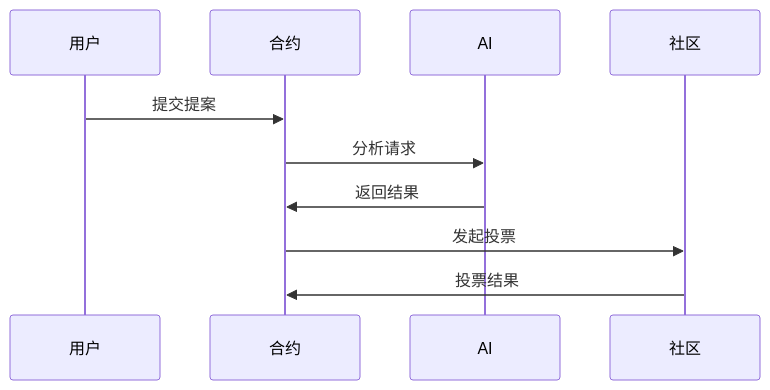
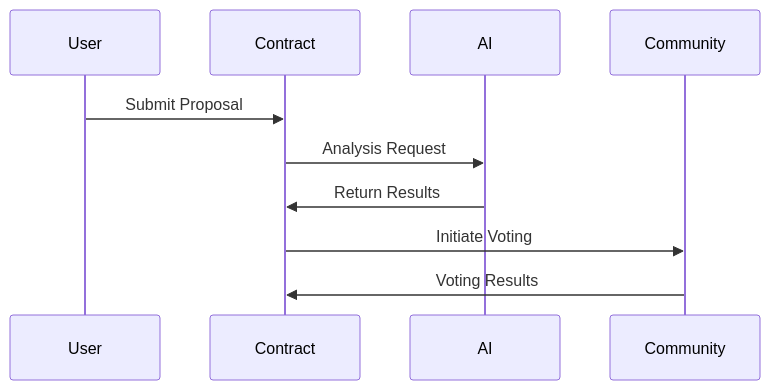
One commit to truthvalidator/TruthValidatorAgent changed the fifth of 11 diagrams in docs/lightpaper.md. Above: the diagram before and after it, drawn with Mermaid. The commit also changed other lines of this file and 1 other file, not shown here.

````diff
--- a/docs/lightpaper.md
+++ b/docs/lightpaper.md
@@ -88,8 +88,8 @@
 ```mermaid
 sequenceDiagram
-    用户->>合约: 提交提案
-    合约->>AI: 分析请求
-    AI->>合约: 返回结果
-    合约->>社区: 发起投票
-    社区->>合约: 投票结果
+    User->>Contract: Submit Proposal
+    Contract->>AI: Analysis Request
+    AI->>Contract: Return Results
+    Contract->>Community: Initiate Voting
+    Community->>Contract: Voting Results
 ```
````
